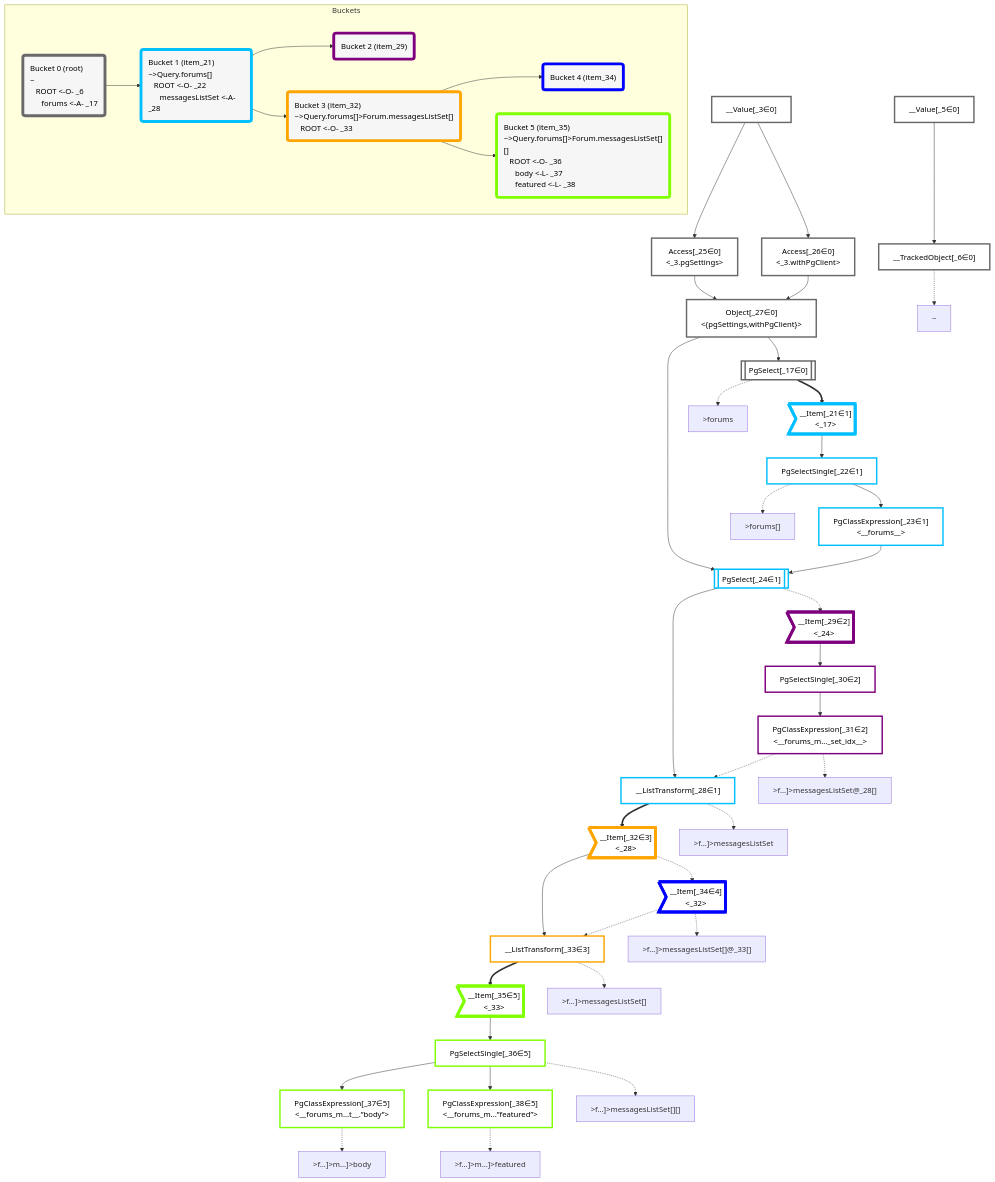
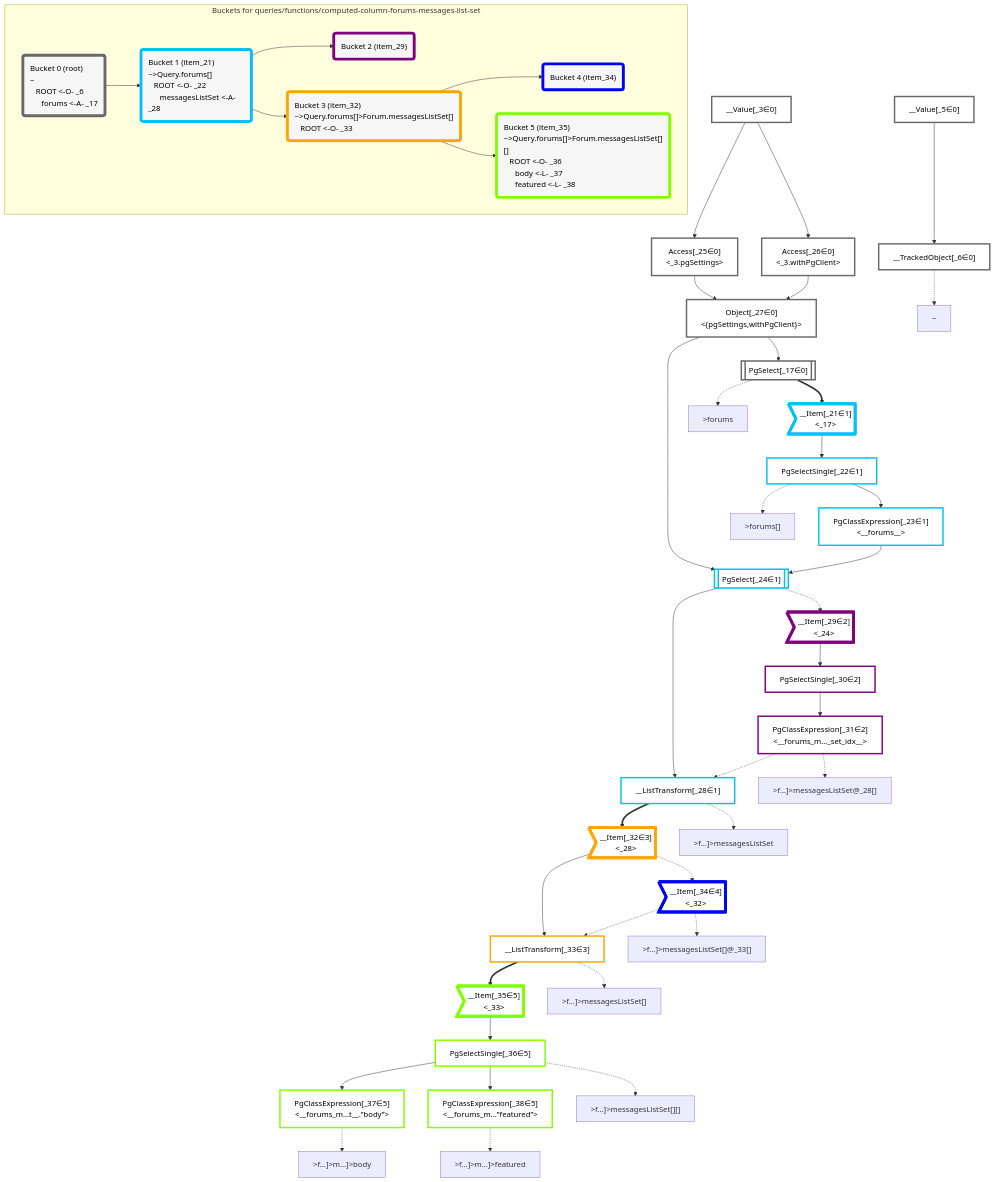
The diagram in packages/dataplan-pg/__tests__/queries/functions/computed-column-forums-messages-list-set.deopt.mermaid.md (graphile/crystal), drawn with Mermaid before and after one commit. The commit also changed 195 other files, not shown here.

```diff
--- a/packages/dataplan-pg/__tests__/queries/functions/computed-column-forums-messages-list-set.deopt.mermaid.md
+++ b/packages/dataplan-pg/__tests__/queries/functions/computed-column-forums-messages-list-set.deopt.mermaid.md
@@ -93,7 +93,7 @@
     classDef bucket5 stroke:#7fff00
     class __Item_35,PgSelectSingle_36,PgClassExpression_37,PgClassExpression_38 bucket5
 
-    subgraph Buckets
+    subgraph "Buckets for queries/functions/computed-column-forums-messages-list-set"
     Bucket0("Bucket 0 (root)<br />~<br />⠀ROOT <-O- _6<br />⠀⠀forums <-A- _17"):::bucket
     style Bucket0 stroke:#696969
     Bucket1("Bucket 1 (item_21)<br />~>Query.forums[]<br />⠀ROOT <-O- _22<br />⠀⠀messagesListSet <-A- _28"):::bucket
```
